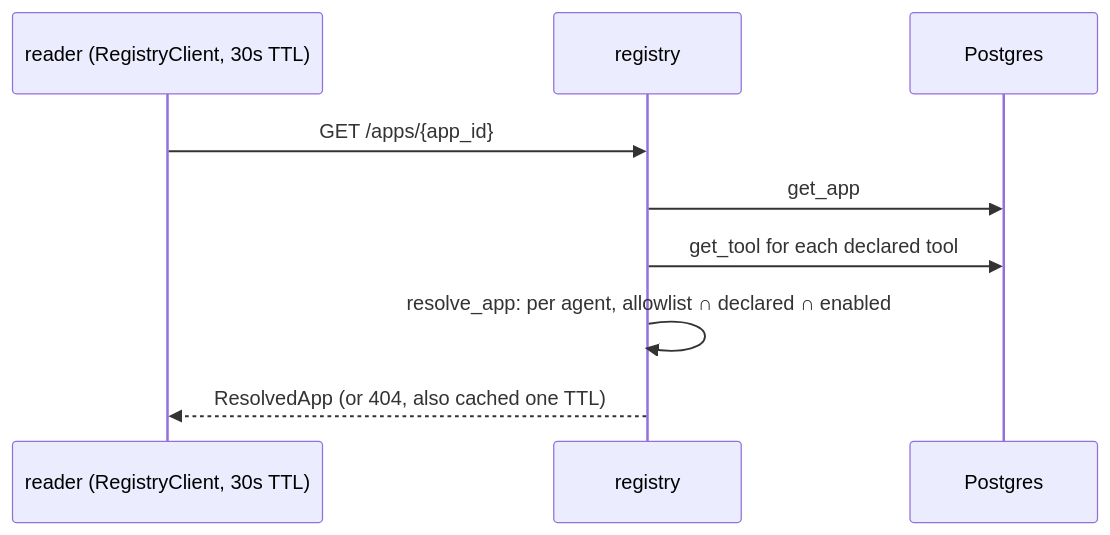
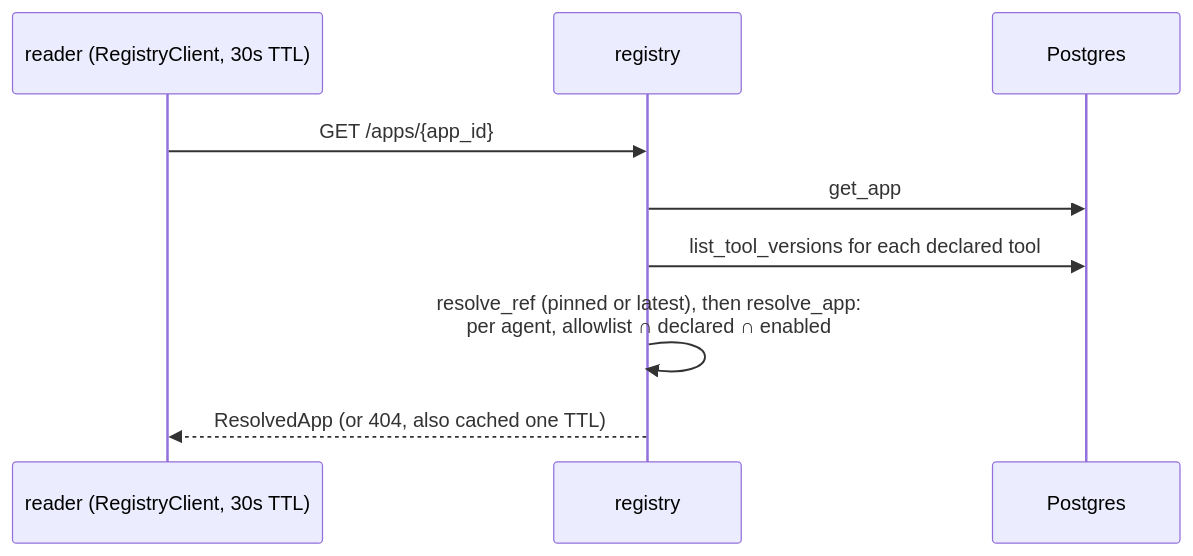
The fourth of 4 diagrams in backend/services/registry/CLASS_DIAGRAM.md (SrikanthArgp/agentic-platform), drawn with Mermaid before and after one commit. The commit also changed other lines of this file and 19 other files, not shown here.

````diff
--- a/backend/services/registry/CLASS_DIAGRAM.md
+++ b/backend/services/registry/CLASS_DIAGRAM.md
@@ -478,11 +548,11 @@
 ```mermaid
 sequenceDiagram
     participant C as reader (RegistryClient, 30s TTL)
     participant R as registry
     participant DB as Postgres
     C->>R: GET /apps/{app_id}
     R->>DB: get_app
-    R->>DB: get_tool for each declared tool
-    R->>R: resolve_app: per agent, allowlist ∩ declared ∩ enabled
+    R->>DB: list_tool_versions for each declared tool
+    R->>R: resolve_ref (pinned or latest), then resolve_app:<br/>per agent, allowlist ∩ declared ∩ enabled
     R-->>C: ResolvedApp (or 404, also cached one TTL)
 ```
````
